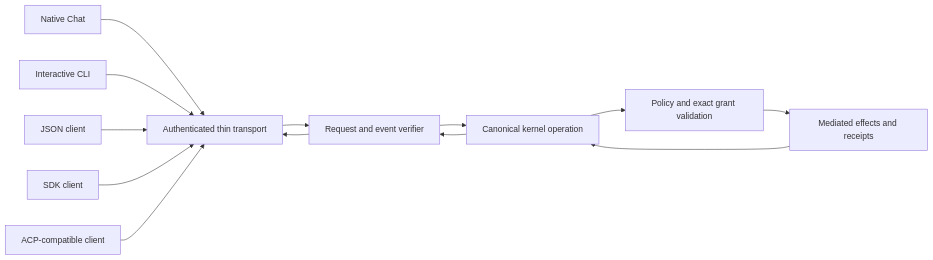
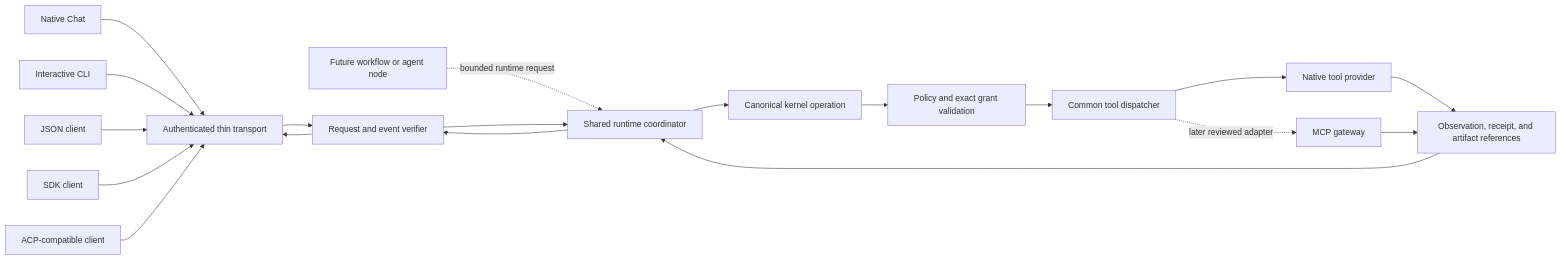
The first of 2 diagrams in docs/architecture/thin-client-boundary.md (AaronNHorvitz/AgentMage), drawn with Mermaid before and after one commit. The commit also changed other lines of this file and 13 other files, not shown here.

Commit message:
docs(planning): integrate reusable coding harness roadmap

````diff
--- a/docs/architecture/thin-client-boundary.md
+++ b/docs/architecture/thin-client-boundary.md
@@ -22,15 +23,21 @@
 ```mermaid
 flowchart LR
-    N["Native Chat"] --> T["Authenticated thin transport"]
+    CHAT["Native Chat"] --> T["Authenticated thin transport"]
     C["Interactive CLI"] --> T
     J["JSON client"] --> T
     S["SDK client"] --> T
     A["ACP-compatible client"] --> T
+    W["Future workflow or agent node"] -. "bounded runtime request" .-> R
     T --> V["Request and event verifier"]
-    V --> K["Canonical kernel operation"]
+    V --> R["Shared runtime coordinator"]
+    R --> K["Canonical kernel operation"]
     K --> P["Policy and exact grant validation"]
-    P --> E["Mediated effects and receipts"]
-    E --> K
-    K --> V
+    P --> D["Common tool dispatcher"]
+    D --> NT["Native tool provider"]
+    D -. "later reviewed adapter" .-> M["MCP gateway"]
+    NT --> E["Observation, receipt, and artifact references"]
+    M --> E
+    E --> R
+    R --> V
     V --> T
 ```
````
